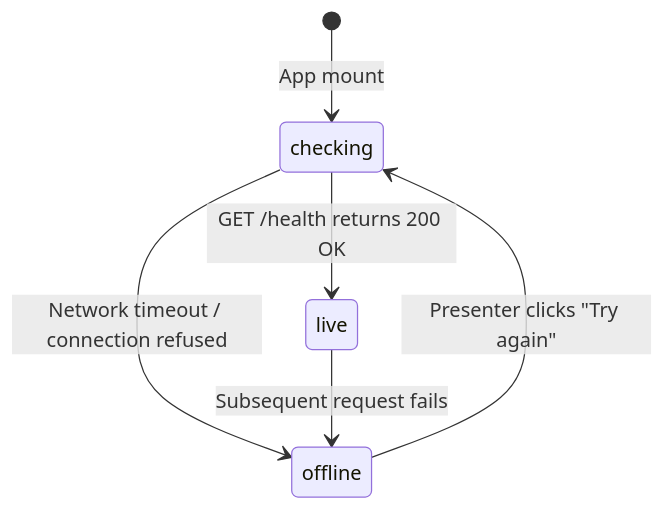
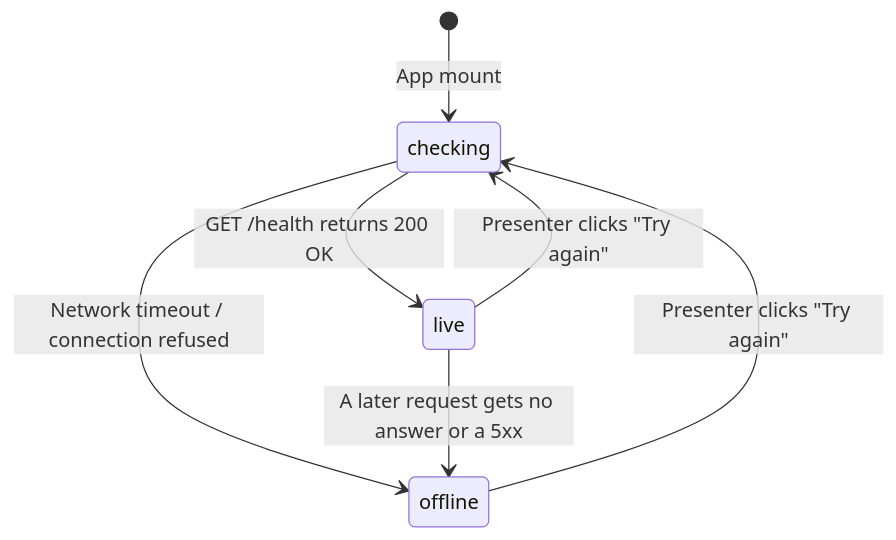
Before and after one commit to inwrongplannet/Srujana_hackathon2026_Vouch: the diagram in docs/FRONTEND_FALLBACK.md, drawn with Mermaid. The commit also changed other lines of this file and 22 other files, not shown here.

````diff
--- a/docs/FRONTEND_FALLBACK.md
+++ b/docs/FRONTEND_FALLBACK.md
@@ -21,8 +21,9 @@
 ```mermaid
 stateDiagram-v2
     [*] --> checking: App mount
     checking --> live: GET /health returns 200 OK
     checking --> offline: Network timeout / connection refused
     offline --> checking: Presenter clicks "Try again"
-    live --> offline: Subsequent request fails
+    live --> offline: A later request gets no answer or a 5xx
+    live --> checking: Presenter clicks "Try again"
 ```
````
